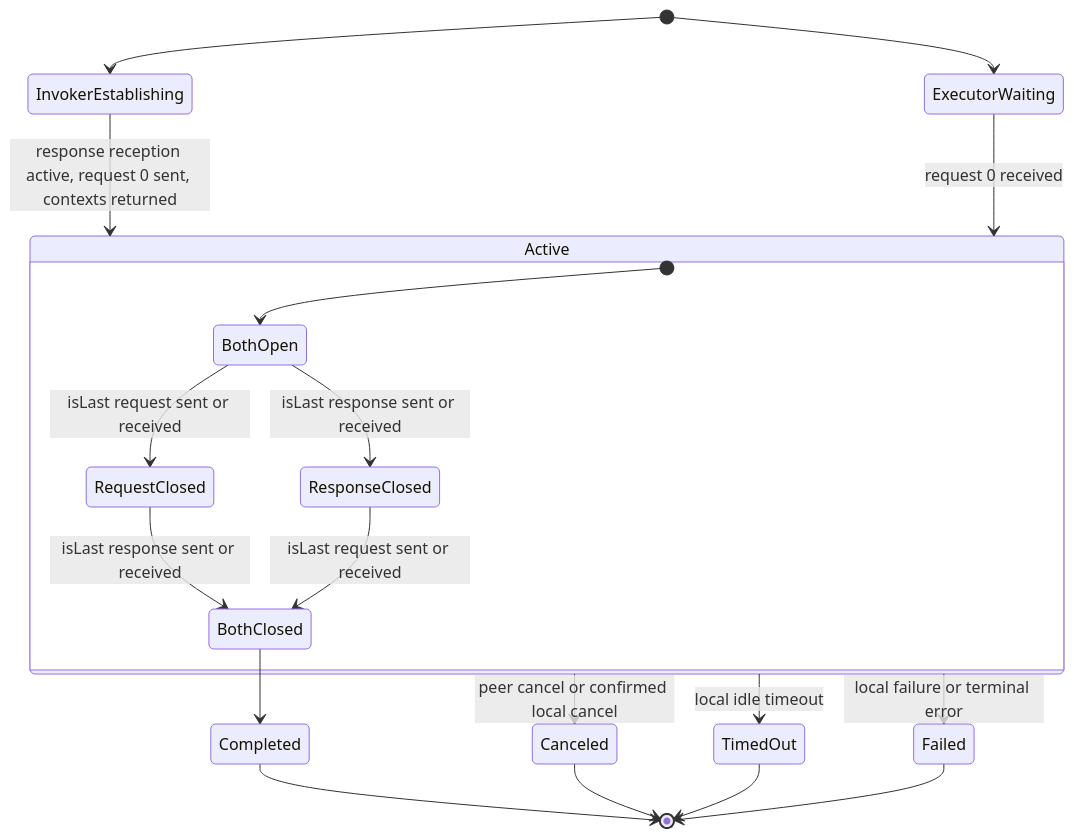
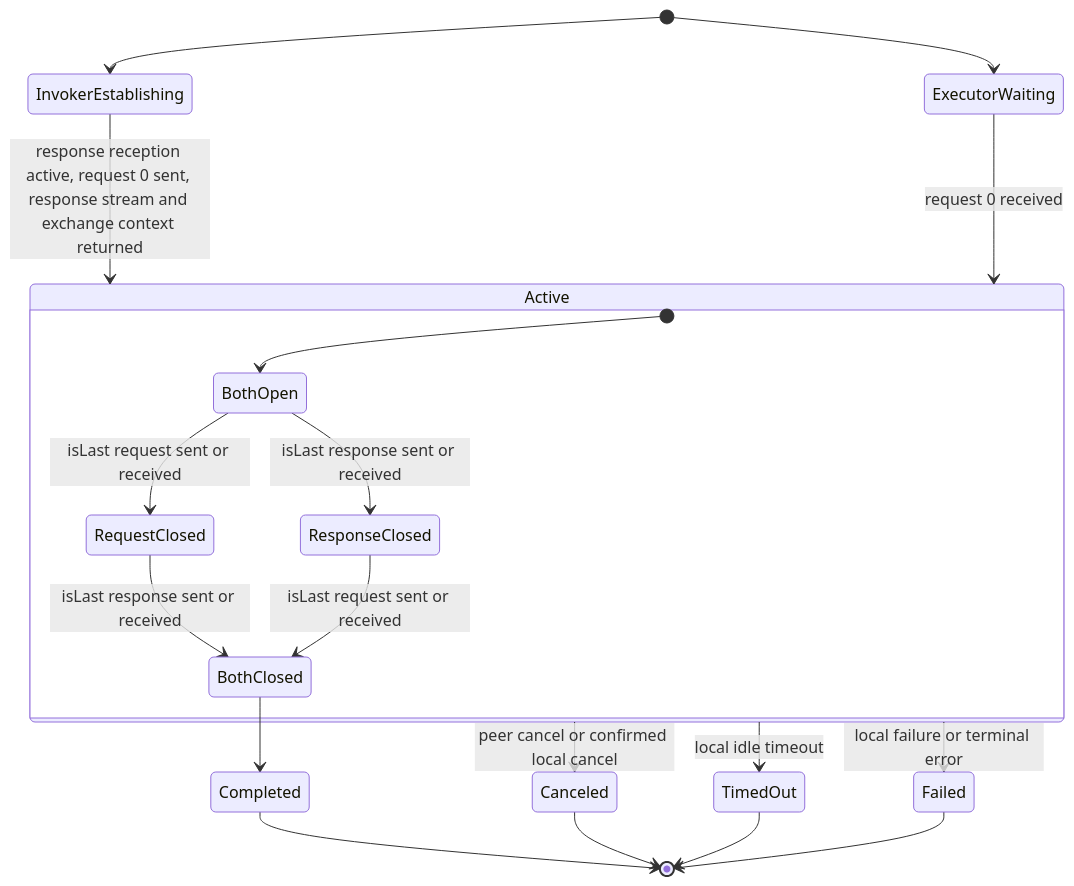
One commit to Azure/iot-operations-sdks changed the first of 9 diagrams in doc/dev/adr/0025-rpc-streaming-lifecycle-diagrams.md. Above: the diagram before and after it, drawn with Mermaid. The commit also changed 7 other files, not shown here.

````diff
--- a/doc/dev/adr/0025-rpc-streaming-lifecycle-diagrams.md
+++ b/doc/dev/adr/0025-rpc-streaming-lifecycle-diagrams.md
@@ -11,24 +11,24 @@
 ```mermaid
 stateDiagram-v2
     [*] --> InvokerEstablishing
     [*] --> ExecutorWaiting
-    InvokerEstablishing --> Active: response reception active, request 0 sent, contexts returned
+    InvokerEstablishing --> Active: response reception active, request 0 sent, response stream and exchange context returned
     ExecutorWaiting --> Active: request 0 received
 
     state Active {
         [*] --> BothOpen
         BothOpen --> RequestClosed: isLast request sent or received
         BothOpen --> ResponseClosed: isLast response sent or received
         RequestClosed --> BothClosed: isLast response sent or received
         ResponseClosed --> BothClosed: isLast request sent or received
     }
 
     BothClosed --> Completed
     Active --> Canceled: peer cancel or confirmed local cancel
     Active --> TimedOut: local idle timeout
     Active --> Failed: local failure or terminal error
     Completed --> [*]
     Canceled --> [*]
     TimedOut --> [*]
     Failed --> [*]
 ```
````
